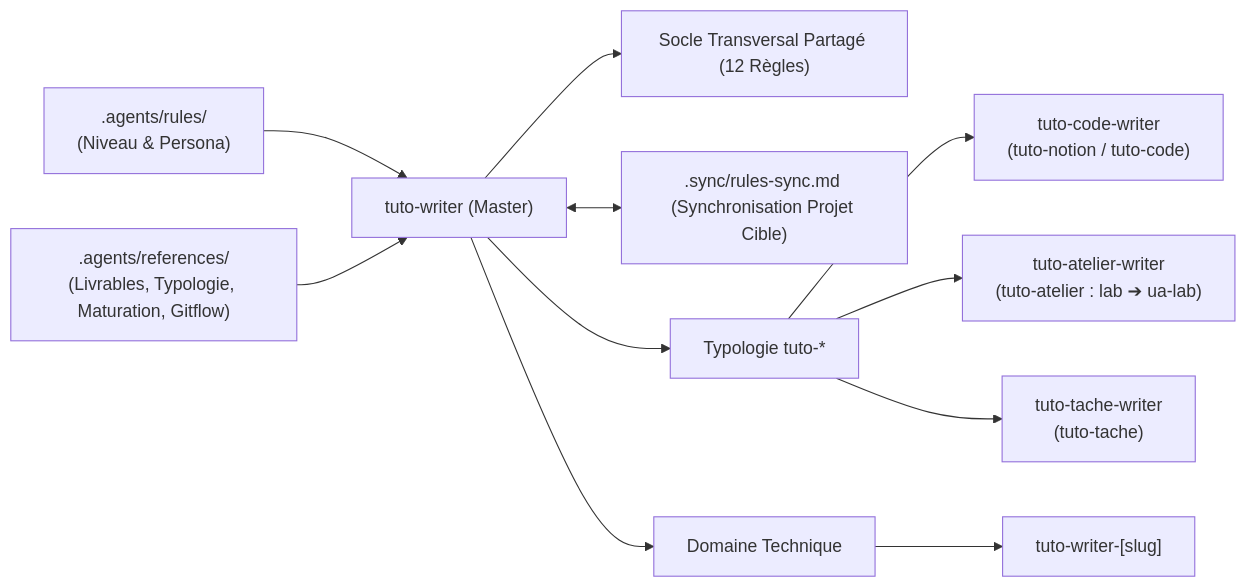
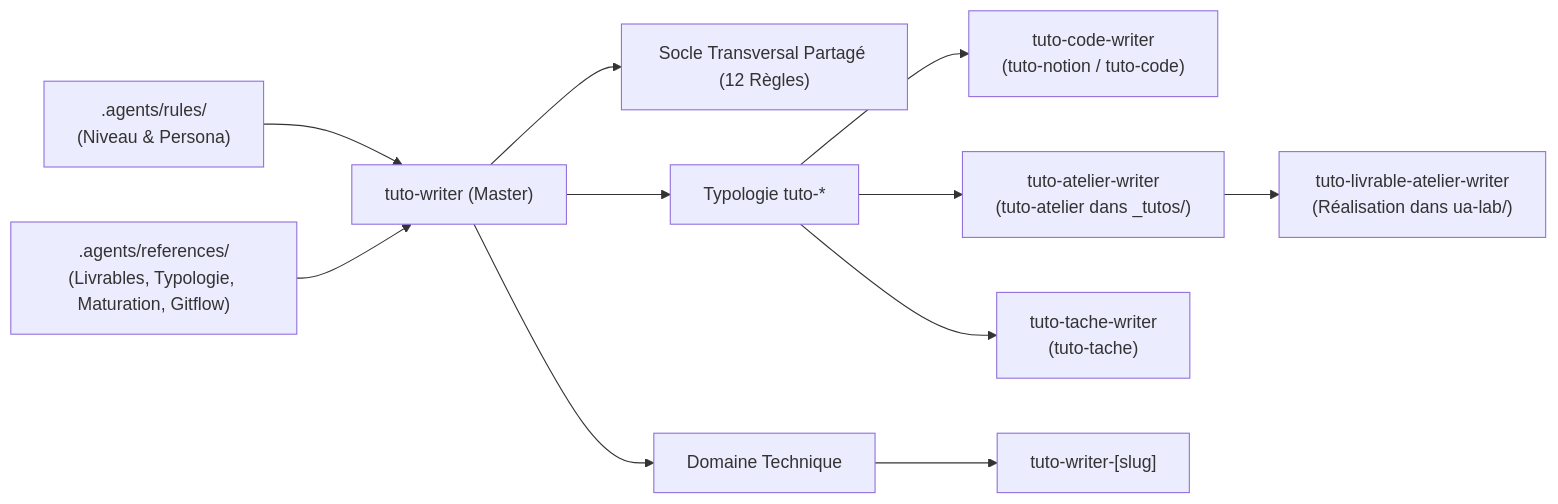
One commit to solicode-web-mobile/autoformations-professionaliser changed the diagram in .agents/skills/tuto-writer/SKILL.md. Above: the diagram before and after it, drawn with Mermaid. The commit also changed other lines of this file and 42 other files, not shown here.

````diff
--- a/.agents/skills/tuto-writer/SKILL.md
+++ b/.agents/skills/tuto-writer/SKILL.md
@@ -10,13 +10,13 @@
 ```mermaid
 flowchart LR
     Rules[".agents/rules/<br/>(Niveau & Persona)"] --> Master["tuto-writer (Master)"]
     Refs[".agents/references/<br/>(Livrables, Typologie, Maturation, Gitflow)"] --> Master
     Master --> RulesShared["Socle Transversal Partagé (12 Règles)"]
-    Master <--> Sync[".sync/rules-sync.md (Synchronisation Projet Cible)"]
     Master --> Format["Typologie tuto-*"]
     Format --> Code["tuto-code-writer<br/>(tuto-notion / tuto-code)"]
-    Format --> Lab["tuto-atelier-writer<br/>(tuto-atelier : lab ➔ ua-lab)"]
+    Format --> Lab["tuto-atelier-writer<br/>(tuto-atelier dans _tutos/)"]
+    Lab --> LabReal["tuto-livrable-atelier-writer<br/>(Réalisation dans ua-lab/)"]
     Format --> Task["tuto-tache-writer<br/>(tuto-tache)"]
     Master --> Domain["Domaine Technique"]
     Domain --> TDomain["tuto-writer-[slug]"]
 ```
````
